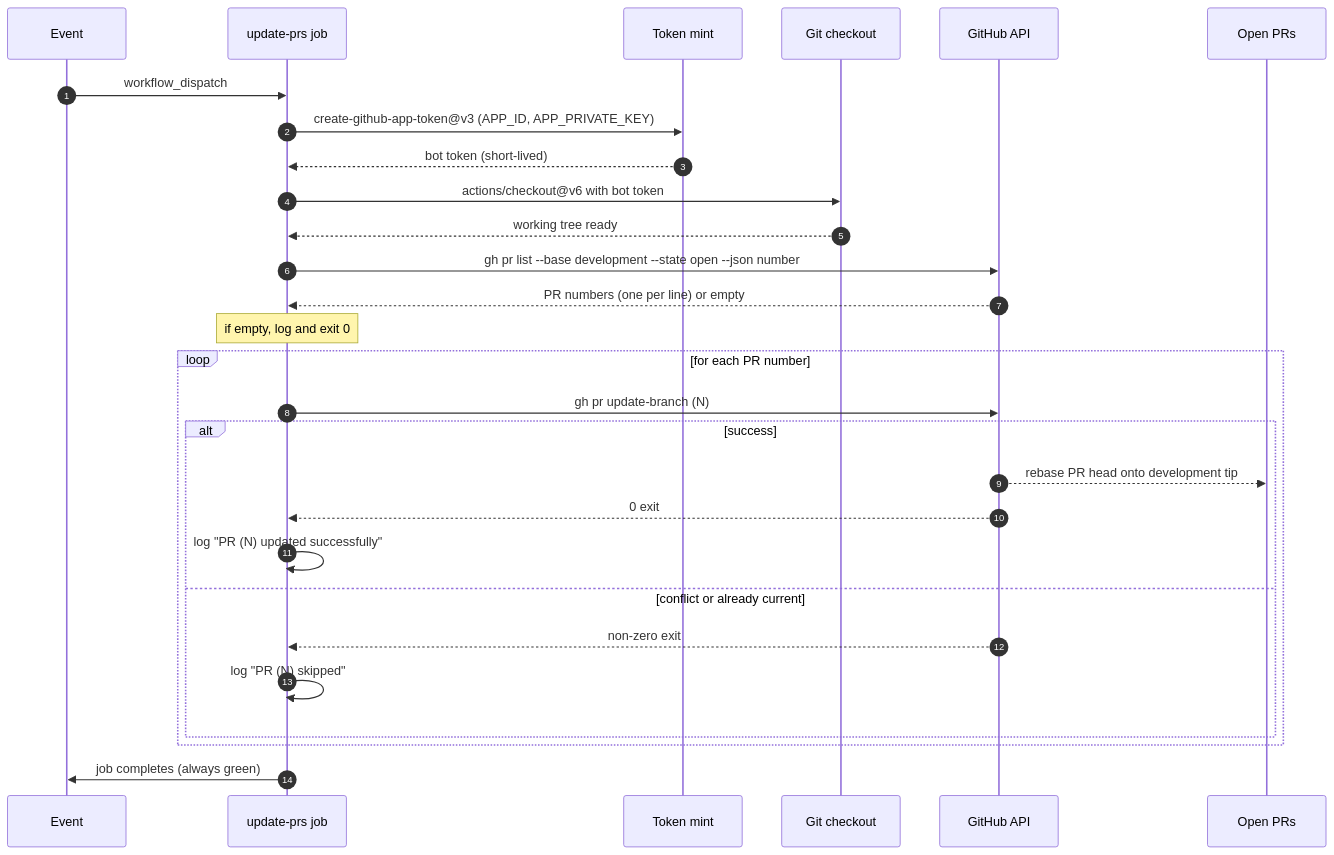
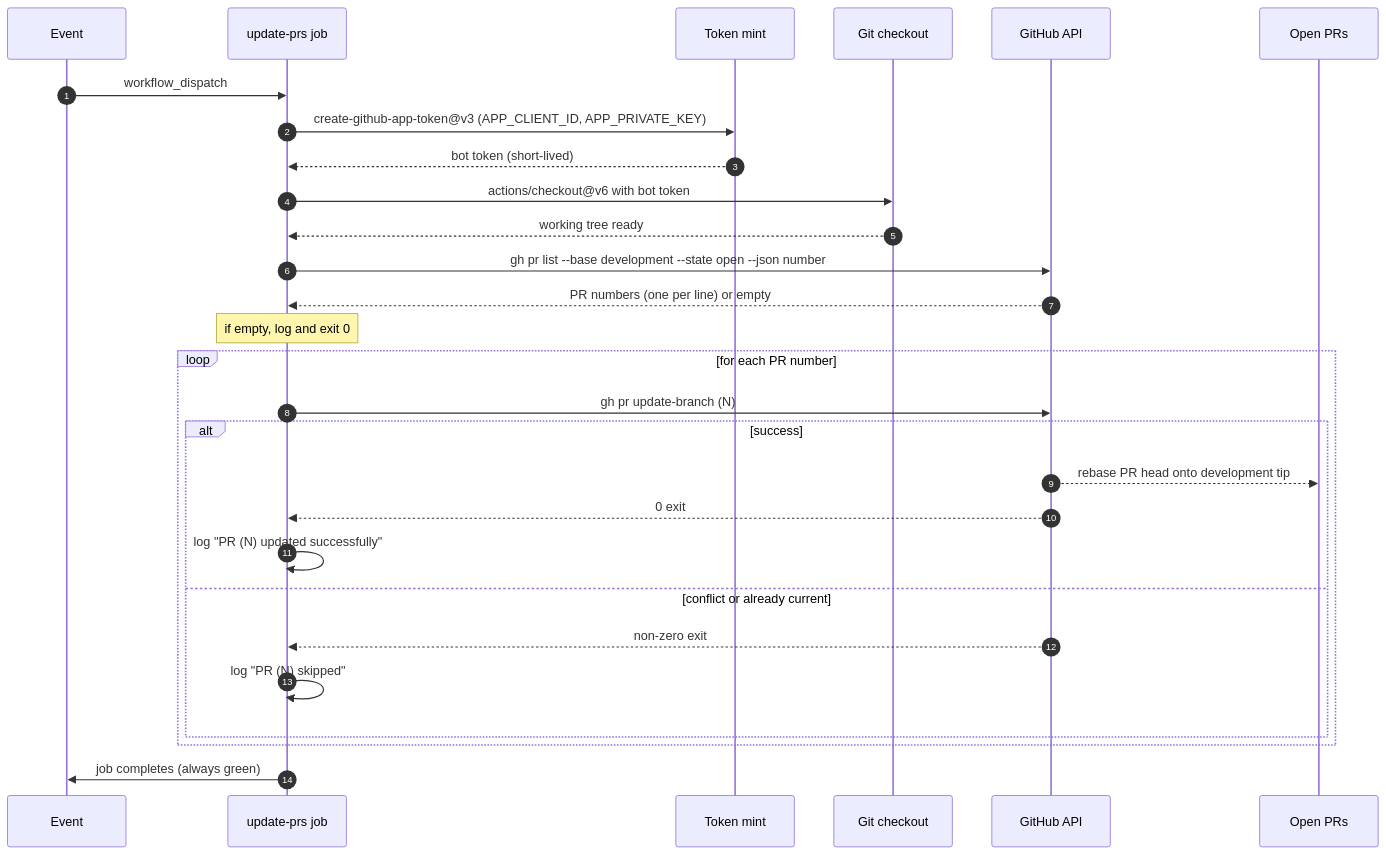
Before and after one commit to llm-exe/llm-exe: the fourth of 9 diagrams in .github/docs/UPDATE_PRS_DEEP_DIVE.md, drawn with Mermaid. The commit also changed other lines of this file and 13 other files, not shown here.

Commit message:
fix: update references from APP_ID to APP_CLIENT_ID in documentation

````diff
--- a/.github/docs/UPDATE_PRS_DEEP_DIVE.md
+++ b/.github/docs/UPDATE_PRS_DEEP_DIVE.md
@@ -138,31 +138,31 @@
 ```mermaid
 sequenceDiagram
     autonumber
     participant E as Event
     participant J as update-prs job
     participant T as Token mint
     participant G as Git checkout
     participant GH as GitHub API
     participant PR as Open PRs
 
     E->>J: workflow_dispatch
-    J->>T: create-github-app-token@v3 (APP_ID, APP_PRIVATE_KEY)
+    J->>T: create-github-app-token@v3 (APP_CLIENT_ID, APP_PRIVATE_KEY)
     T-->>J: bot token (short-lived)
     J->>G: actions/checkout@v6 with bot token
     G-->>J: working tree ready
     J->>GH: gh pr list --base development --state open --json number
     GH-->>J: PR numbers (one per line) or empty
     Note over J: if empty, log and exit 0
     loop for each PR number
         J->>GH: gh pr update-branch (N)
         alt success
             GH-->>PR: rebase PR head onto development tip
             GH-->>J: 0 exit
             J->>J: log "PR (N) updated successfully"
         else conflict or already current
             GH-->>J: non-zero exit
             J->>J: log "PR (N) skipped"
         end
     end
     J->>E: job completes (always green)
 ```
````
